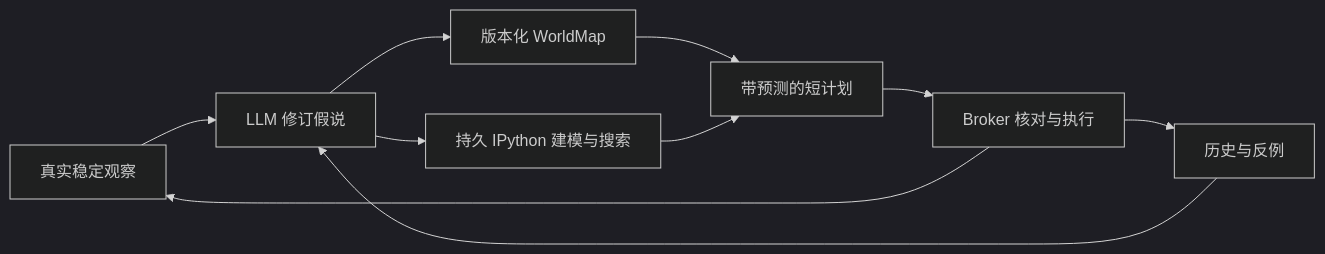
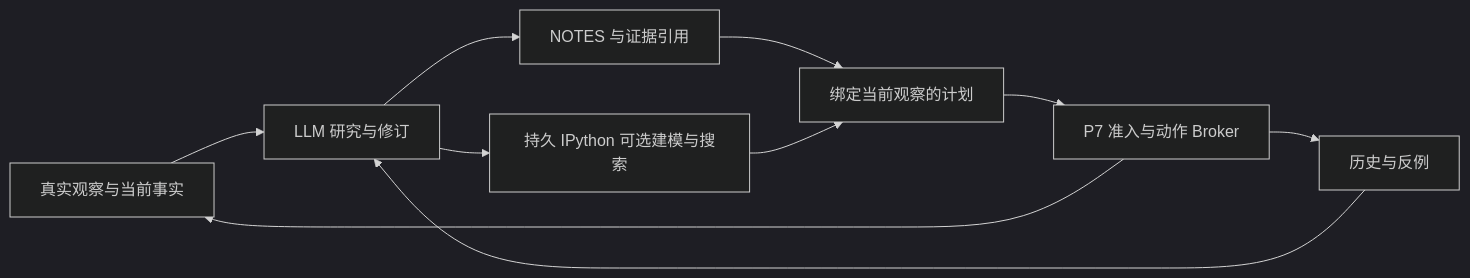
The diagram in README.zh-CN.md (uukuguy/asterion), drawn with Mermaid (dark theme) before and after one commit. The commit also changed other lines of this file and 6 other files, not shown here.

````diff
--- a/README.zh-CN.md
+++ b/README.zh-CN.md
@@ -31,12 +46,12 @@
 ```mermaid
 flowchart LR
-    O[真实稳定观察] --> L[LLM 修订假说]
-    L --> W[版本化 WorldMap]
-    L --> P[持久 IPython 建模与搜索]
-    W --> A[带预测的短计划]
+    O[真实观察与当前事实] --> L[LLM 研究与修订]
+    L --> N[NOTES 与证据引用]
+    L --> P[持久 IPython 可选建模与搜索]
+    N --> A[绑定当前观察的计划]
     P --> A
-    A --> B[Broker 核对与执行]
+    A --> B[P7 准入与动作 Broker]
     B --> O
     B --> E[历史与反例]
     E --> L
 ```
````
